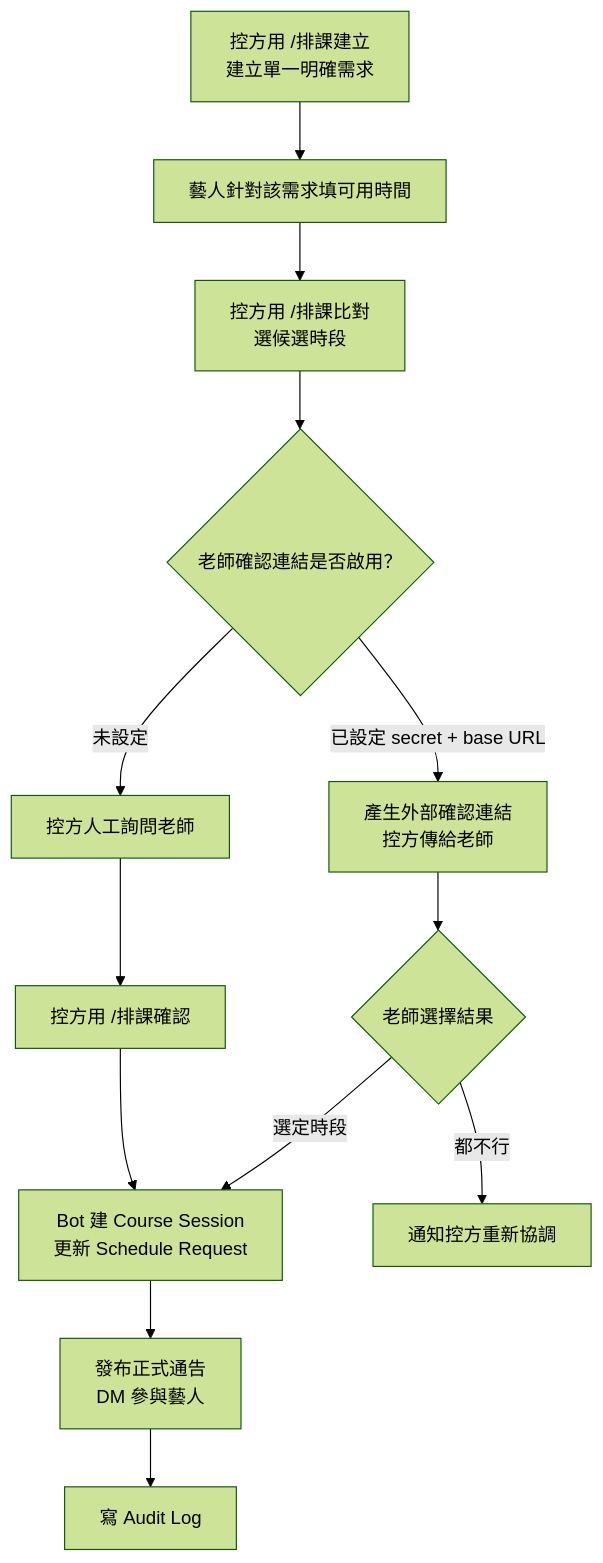
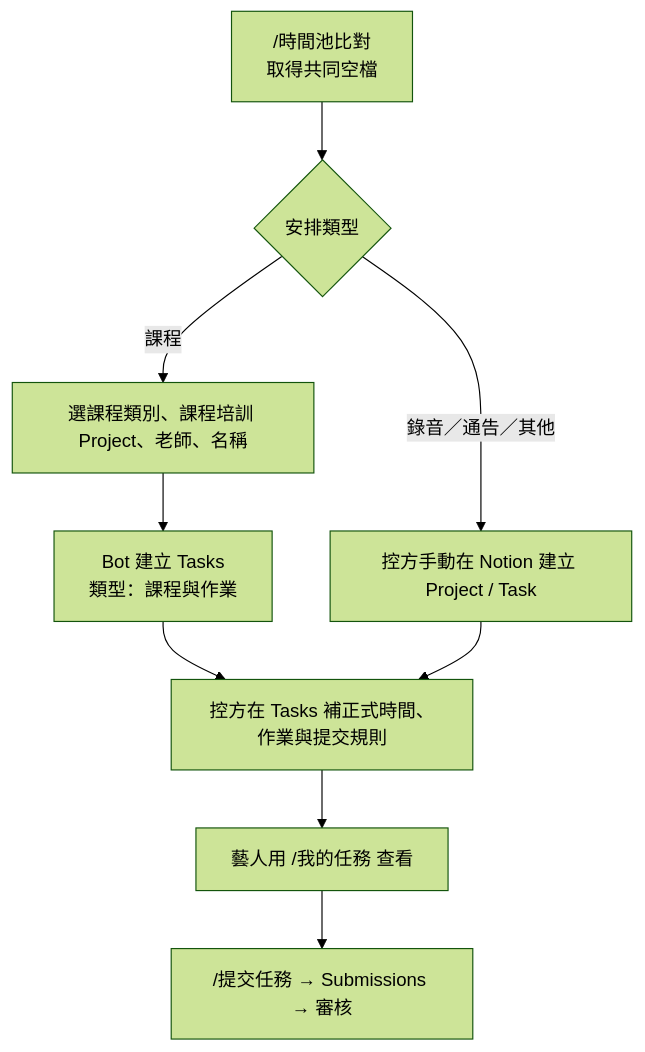
Before and after one commit to johnnysun0621/kari-kari-ai-ops: the second of 3 diagrams in FLOWCHART.md, drawn with Mermaid (forest theme). The commit also changed other lines of this file and 17 other files, not shown here.

````diff
--- a/FLOWCHART.md
+++ b/FLOWCHART.md
@@ -48,15 +48,11 @@
 ```mermaid
 flowchart TD
-    A["控方用 /排課建立\n建立單一明確需求"] --> B["藝人針對該需求填可用時間"]
-    B --> C["控方用 /排課比對\n選候選時段"]
-    C --> D{"老師確認連結是否啟用？"}
-    D -->|已設定 secret + base URL| E["產生外部確認連結\n控方傳給老師"]
-    E --> F{"老師選擇結果"}
-    F -->|選定時段| G["Bot 建 Course Session\n更新 Schedule Request"]
-    F -->|都不行| H["通知控方重新協調"]
-    D -->|未設定| I["控方人工詢問老師"]
-    I --> J["控方用 /排課確認"]
-    J --> G
-    G --> K["發布正式通告\nDM 參與藝人"]
-    K --> L["寫 Audit Log"]
+    A["/時間池比對\n取得共同空檔"] --> B{"安排類型"}
+    B -->|課程| C["選課程類別、課程培訓 Project、老師、名稱"]
+    C --> D["Bot 建立 Tasks\n類型：課程與作業"]
+    B -->|錄音／通告／其他| E["控方手動在 Notion 建立 Project / Task"]
+    D --> F["控方在 Tasks 補正式時間、作業與提交規則"]
+    E --> F
+    F --> G["藝人用 /我的任務 查看"]
+    G --> H["/提交任務 → Submissions → 審核"]
 ```
````
